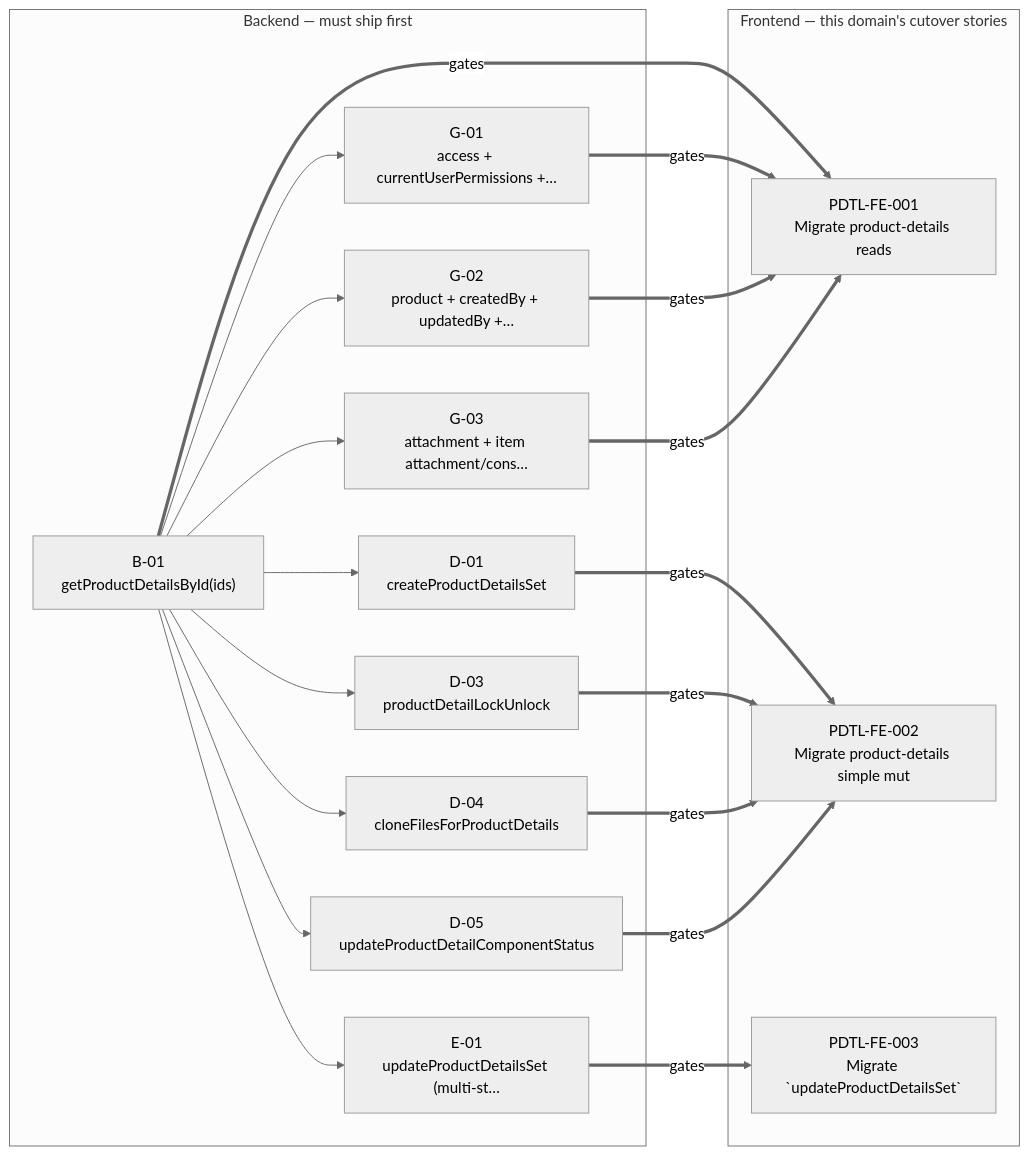
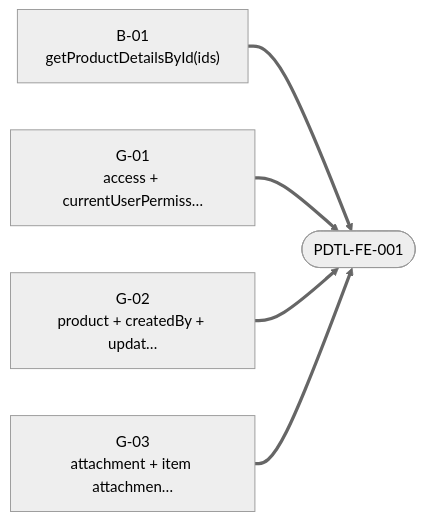
The second of 4 diagrams in finalArtifacts/summary/productDetails/story-dependency-graph-productDetails.md (SarithaMathai/migration), drawn with Mermaid (neutral theme) before and after one commit. The commit also changed other lines of this file and 27 other files, not shown here.

First line of the commit message:
Redesign story dependency graphs for legibility

````diff
--- a/finalArtifacts/summary/productDetails/story-dependency-graph-productDetails.md
+++ b/finalArtifacts/summary/productDetails/story-dependency-graph-productDetails.md
@@ -52,36 +62,12 @@
 ```mermaid
 flowchart LR
-  subgraph BE["Backend — must ship first"]
-    NB_01["B-01<br/>getProductDetailsById(ids)"]
-    ND_01["D-01<br/>createProductDetailsSet"]
-    ND_03["D-03<br/>productDetailLockUnlock"]
-    ND_04["D-04<br/>cloneFilesForProductDetails"]
-    ND_05["D-05<br/>updateProductDetailComponentStatus"]
-    NE_01["E-01<br/>updateProductDetailsSet (multi-st…"]
-    NG_01["G-01<br/>access + currentUserPermissions +…"]
-    NG_02["G-02<br/>product + createdBy + updatedBy +…"]
-    NG_03["G-03<br/>attachment + item attachment/cons…"]
-  end
-  subgraph FE["Frontend — this domain's cutover stories"]
-    NPDTL_FE_001["PDTL-FE-001<br/>Migrate product-details reads"]
-    NPDTL_FE_002["PDTL-FE-002<br/>Migrate product-details simple mut"]
-    NPDTL_FE_003["PDTL-FE-003<br/>Migrate `updateProductDetailsSet` "]
-  end
-  NB_01 --> ND_04
-  NB_01 --> NG_03
-  NB_01 --> NG_02
-  NB_01 --> NG_01
-  NB_01 --> ND_01
-  NB_01 --> ND_03
-  NB_01 --> ND_05
-  NB_01 --> NE_01
-  NB_01 ==>|gates| NPDTL_FE_001
-  NG_01 ==>|gates| NPDTL_FE_001
-  NG_02 ==>|gates| NPDTL_FE_001
-  NG_03 ==>|gates| NPDTL_FE_001
-  ND_01 ==>|gates| NPDTL_FE_002
-  ND_03 ==>|gates| NPDTL_FE_002
-  ND_04 ==>|gates| NPDTL_FE_002
-  ND_05 ==>|gates| NPDTL_FE_002
-  NE_01 ==>|gates| NPDTL_FE_003
+  NB_01["B-01<br/>getProductDetailsById(ids)"]
+  NG_01["G-01<br/>access + currentUserPermiss…"]
+  NG_02["G-02<br/>product + createdBy + updat…"]
+  NG_03["G-03<br/>attachment + item attachmen…"]
+  NPDTL_FE_001(["PDTL-FE-001"])
+  NB_01 ==> NPDTL_FE_001
+  NG_01 ==> NPDTL_FE_001
+  NG_02 ==> NPDTL_FE_001
+  NG_03 ==> NPDTL_FE_001
 ```
````
